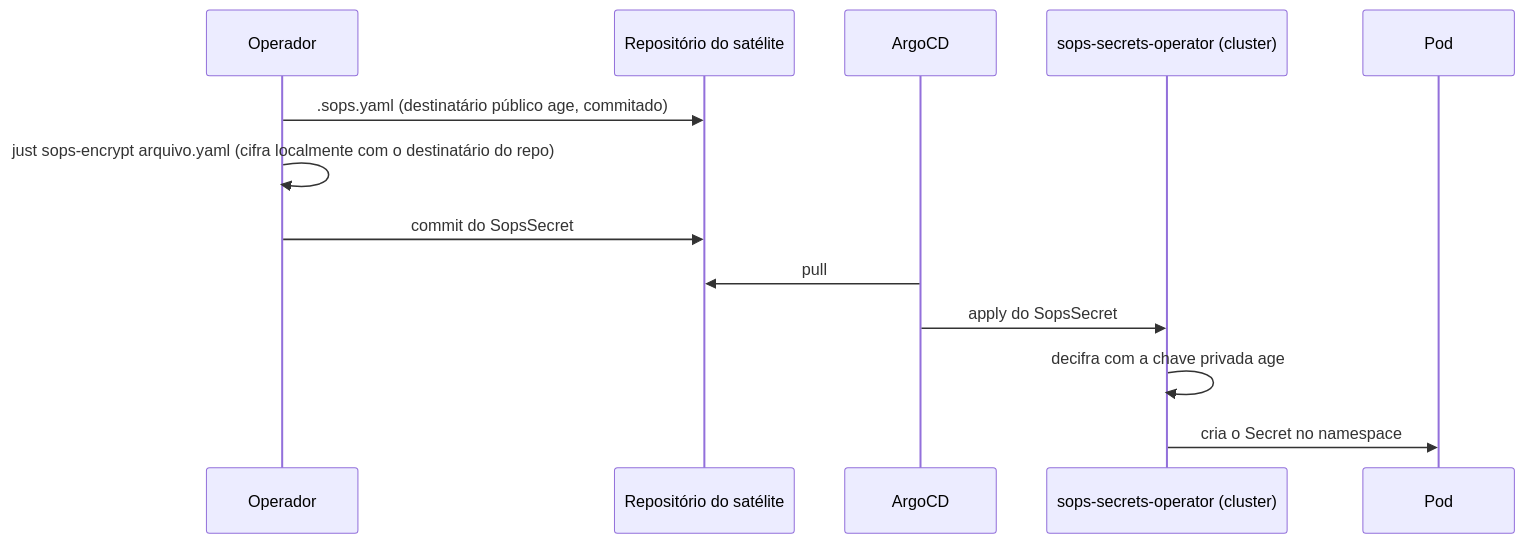
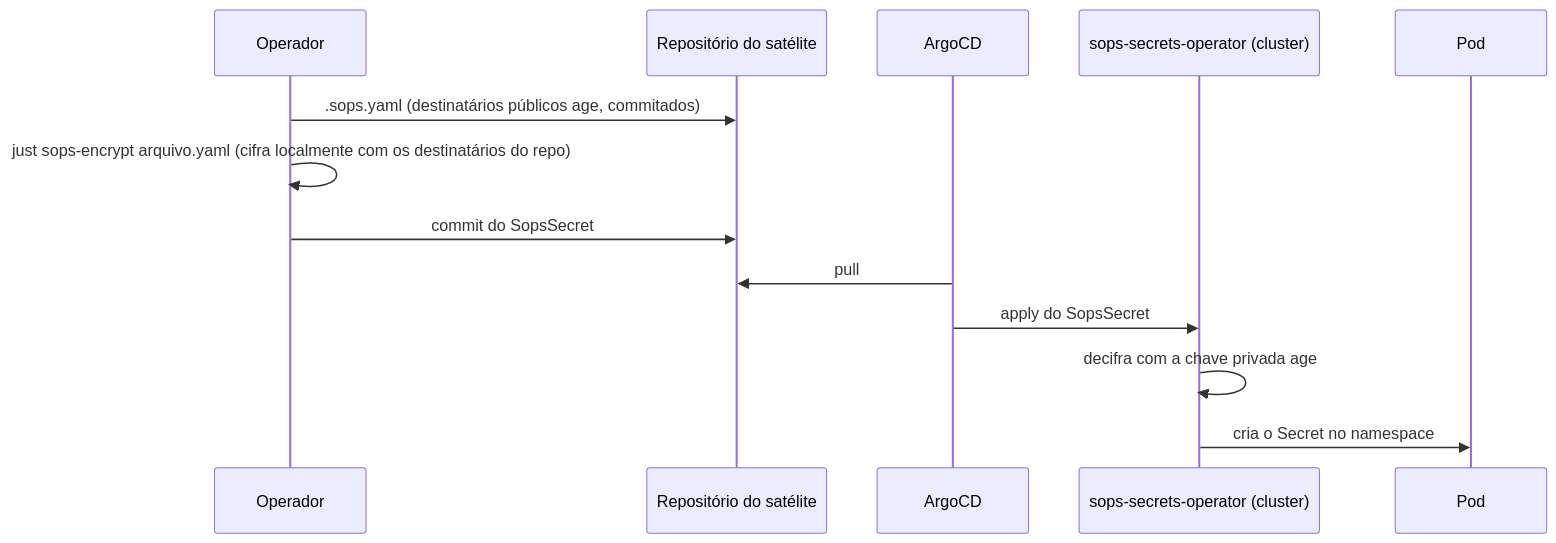
The second of 2 diagrams in docs/arquitetura/modelo-de-ameacas.md (guesant/hl-infrastructure), drawn with Mermaid before and after one commit. The commit also changed other lines of this file and 11 other files, not shown here.

````diff
--- a/docs/arquitetura/modelo-de-ameacas.md
+++ b/docs/arquitetura/modelo-de-ameacas.md
@@ -59,15 +59,15 @@
 ```mermaid
 sequenceDiagram
     participant Op as Operador
     participant Git as Repositório do satélite
     participant Argo as ArgoCD
     participant SSO as sops-secrets-operator (cluster)
     participant Pod as Pod
-    Op->>Git: .sops.yaml (destinatário público age, commitado)
-    Op->>Op: just sops-encrypt arquivo.yaml (cifra localmente com o destinatário do repo)
+    Op->>Git: .sops.yaml (destinatários públicos age, commitados)
+    Op->>Op: just sops-encrypt arquivo.yaml (cifra localmente com os destinatários do repo)
     Op->>Git: commit do SopsSecret
     Argo->>Git: pull
     Argo->>SSO: apply do SopsSecret
     SSO->>SSO: decifra com a chave privada age
     SSO->>Pod: cria o Secret no namespace
 ```
````
